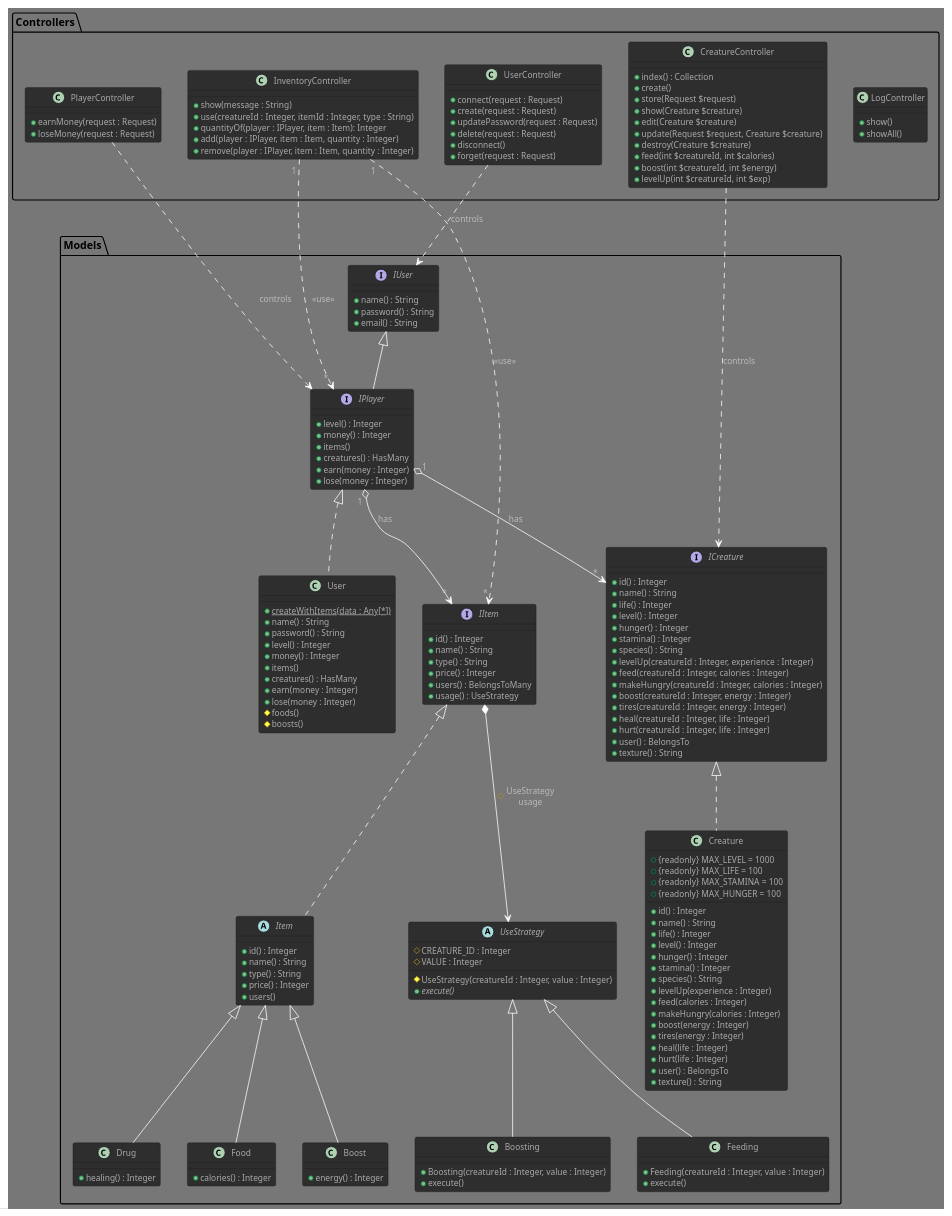
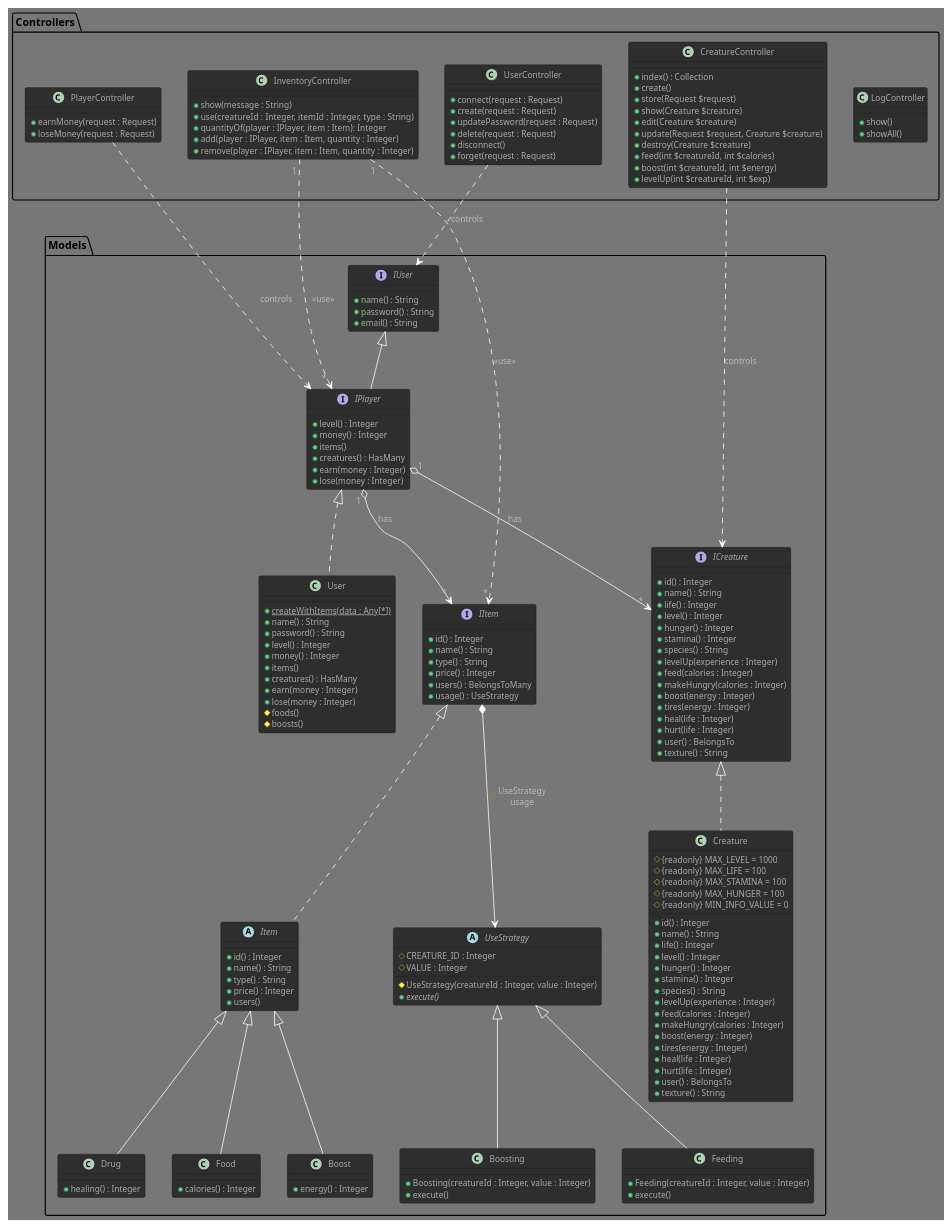
Before and after one commit to GlazKrovi/VirtualNoe: the diagram in VirtualNoe.puml, drawn with PlantUML. The commit also changed 3 other files, not shown here.

```diff
--- a/VirtualNoe.puml
+++ b/VirtualNoe.puml
@@ -1,190 +1,191 @@
 @startuml VirtualNoe
 
 !theme reddress-darkgreen
 
 package Models
 {
     interface IUser {
         + name() : String
         + password() : String
         + email() : String
     }
 
     interface IPlayer extends IUser
     {
         + level() : Integer /' sum of his creatures' exp '/
         + money() : Integer
         + items()
         + creatures() : HasMany
         + earn(money : Integer)
         + lose(money : Integer)
     }
     IPlayer" 1 " o--> " * "IItem : has
     IPlayer" 1 " o--> " * "ICreature : has
 
     class User implements IPlayer
     {
         + {static} createWithItems(data : Any[*])
         + name() : String
         + password() : String
         + level() : Integer
         + money() : Integer
         + items()
         +  creatures() : HasMany
         + earn(money : Integer)
         + lose(money : Integer)
         # foods()
         # boosts()
     }
 
     interface IItem
     {
         + id() : Integer
         + name() : String
         + type() : String
         + price() : Integer
         + users() : BelongsToMany /' get owners '/
         + usage() : UseStrategy
     }
     IItem *--> UseStrategy : # UseStrategy\nusage
 
     abstract class Item implements IItem
     {
         + id() : Integer
         + name() : String
         + type() : String
         + price() : Integer
         + users()
     }
 
     class Food extends Item
     {
         + calories() : Integer
     }
 
     class Boost extends Item
     {
         + energy() : Integer
     }
 
     /' TODO '/
     class Drug extends Item
     {
         + healing() : Integer
     }
 
     interface ICreature
     {
         + id() : Integer
         + name() : String
         + life() : Integer
         + level() : Integer
         + hunger() : Integer
         + stamina() : Integer
         + species() : String
-        + levelUp(creatureId : Integer, experience : Integer)
-        + feed(creatureId : Integer, calories : Integer) /' + '/
-        + makeHungry(creatureId : Integer, calories : Integer) /' - '/
-        + boost(creatureId : Integer, energy : Integer) /' + '/
-        + tires(creatureId : Integer, energy : Integer) /' - '/
-        + heal(creatureId : Integer, life : Integer) /' + '/
-        + hurt(creatureId : Integer, life : Integer) /' - '/
+        + levelUp(experience : Integer)
+        + feed(calories : Integer) 
+        + makeHungry(calories : Integer) 
+        + boost(energy : Integer) 
+        + tires(energy : Integer) 
+        + heal(life : Integer) 
+        + hurt(life : Integer) 
         + user() : BelongsTo
         + texture() : String
     }
 
     class Creature implements ICreature
     {
-        + {readonly} MAX_LEVEL = 1000
-        + {readonly} MAX_LIFE = 100
-        + {readonly} MAX_STAMINA = 100
-        + {readonly} MAX_HUNGER = 100
+        # {readonly} MAX_LEVEL = 1000
+        # {readonly} MAX_LIFE = 100
+        # {readonly} MAX_STAMINA = 100
+        # {readonly} MAX_HUNGER = 100
+        # {readonly} MIN_INFO_VALUE = 0
         + id() : Integer
         + name() : String
         + life() : Integer
         + level() : Integer
         + hunger() : Integer
         + stamina() : Integer
         + species() : String
         + levelUp(experience : Integer)
-        + feed(calories : Integer) /' + '/
-        + makeHungry(calories : Integer) /' - '/
-        + boost(energy : Integer) /' + '/
-        + tires(energy : Integer) /' - '/
-        + heal(life : Integer) /' + '/
-        + hurt(life : Integer) /' - '/
+        + feed(calories : Integer) 
+        + makeHungry(calories : Integer) 
+        + boost(energy : Integer) 
+        + tires(energy : Integer) 
+        + heal(life : Integer) 
+        + hurt(life : Integer) 
         + user() : BelongsTo
         + texture() : String
     }
 
     /' Item Strategy '/
     abstract UseStrategy {
         # CREATURE_ID : Integer
         # VALUE : Integer
         # UseStrategy(creatureId : Integer, value : Integer)
         + {abstract} execute()
     }
 
     class Feeding extends UseStrategy{
         + Feeding(creatureId : Integer, value : Integer)
         + execute()
     }
 
     class Boosting extends UseStrategy{
         + Boosting(creatureId : Integer, value : Integer)
         + execute()
     }
     /' TODO '/
 }
 
 package Controllers
 {
     class LogController
     {
         +  show()
         +  showAll()
     }
 
     class InventoryController   /' use IPlayer '/
     {
         + show(message : String)
         + use(creatureId : Integer, itemId : Integer, type : String)
         + quantityOf(player : IPlayer, item : Item): Integer
         + add(player : IPlayer, item : Item, quantity : Integer)
         + remove(player : IPlayer, item : Item, quantity : Integer)
     }
     InventoryController" 1 " ..> " * "IPlayer : <<use>>
     InventoryController" 1 " ..> " * "IItem : <<use>>
 
     class UserController {
         + connect(request : Request)
         + create(request : Request)
         + updatePassword(request : Request)
         + delete(request : Request)
         + disconnect()
         + forget(request : Request)
     }
     UserController ..> IUser : controls
 
     class PlayerController {
         + earnMoney(request : Request)
         + loseMoney(request : Request)
     }
     PlayerController ..> IPlayer : controls
 
     class CreatureController {
         + index() : Collection
         + create()
         + store(Request $request)
         + show(Creature $creature)
         + edit(Creature $creature)
         + update(Request $request, Creature $creature)
         + destroy(Creature $creature)
         + feed(int $creatureId, int $calories)
         + boost(int $creatureId, int $energy)
         + levelUp(int $creatureId, int $exp)
     }
     CreatureController ..> ICreature : controls
 }
 
 @enduml
```
